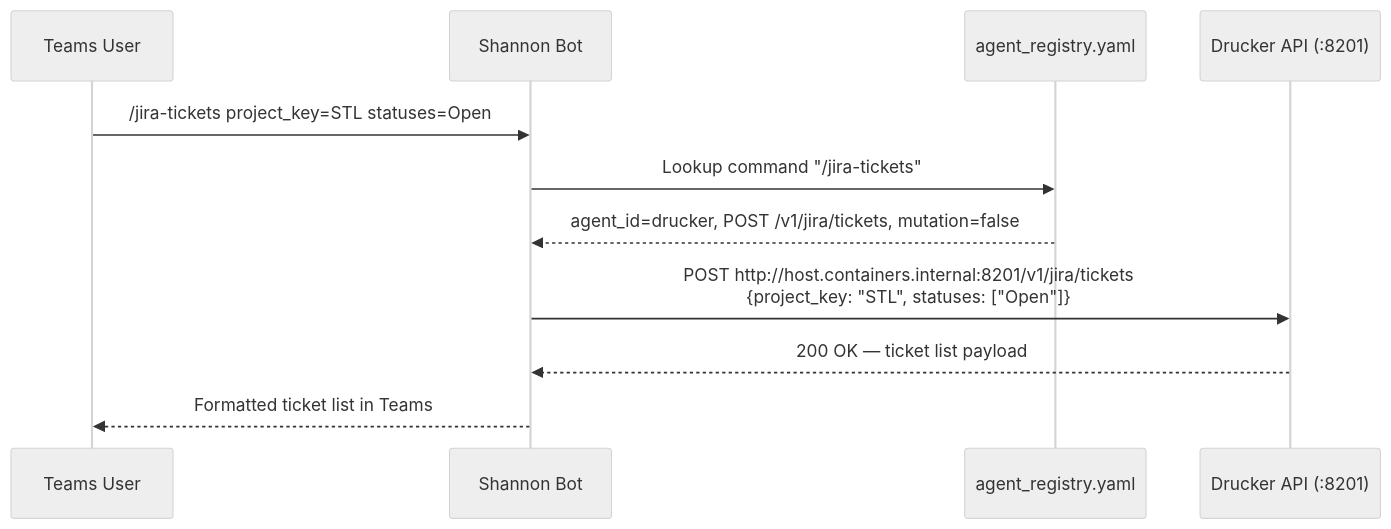
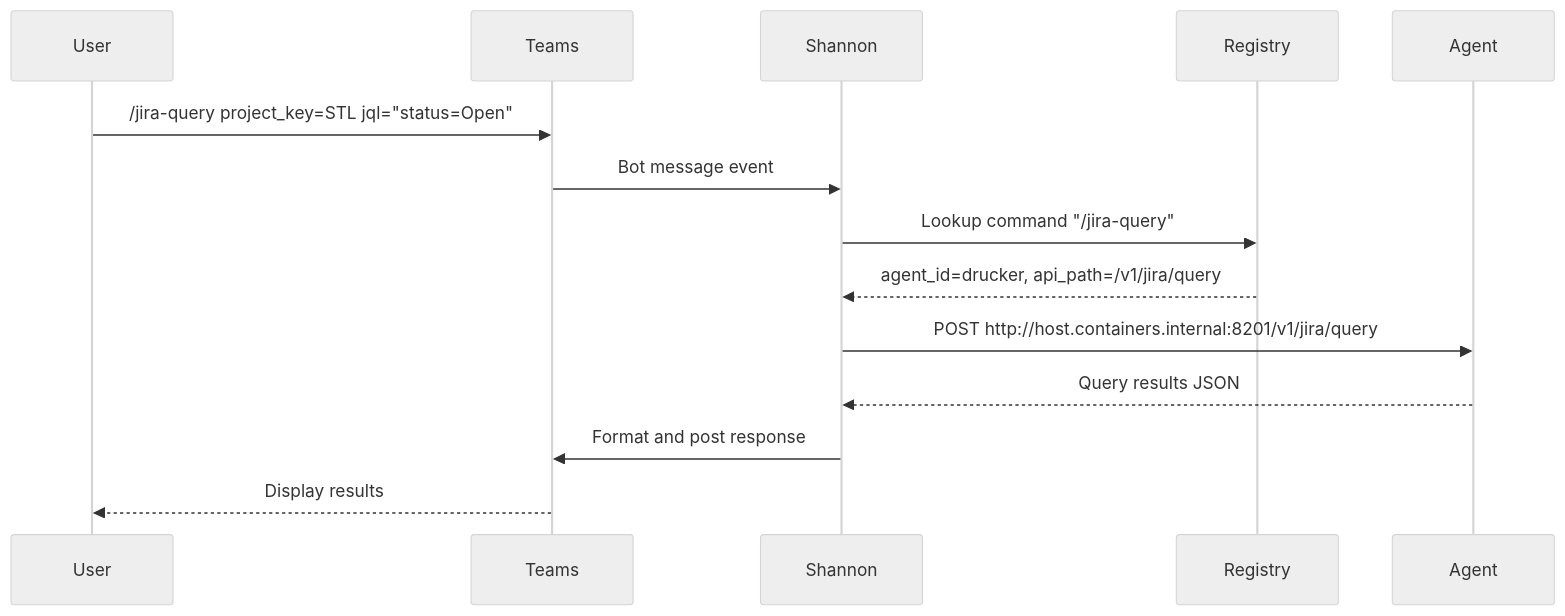
The second of 4 diagrams in agents/shannon/docs/config.md (jmac-cornelis/agent-workforce), drawn with Mermaid (neutral theme) before and after one commit. The commit also changed other lines of this file and 6 other files, not shown here.

````diff
--- a/agents/shannon/docs/config.md
+++ b/agents/shannon/docs/config.md
@@ -68,14 +50,17 @@
 ```mermaid
 sequenceDiagram
-    participant User as Teams User
-    participant Shannon as Shannon Bot
-    participant Registry as agent_registry.yaml
-    participant Drucker as Drucker API (:8201)
-
-    User->>Shannon: /jira-tickets project_key=STL statuses=Open
-    Shannon->>Registry: Lookup command "/jira-tickets"
-    Registry-->>Shannon: agent_id=drucker, POST /v1/jira/tickets, mutation=false
-    Shannon->>Drucker: POST http://host.containers.internal:8201/v1/jira/tickets<br/>{project_key: "STL", statuses: ["Open"]}
-    Drucker-->>Shannon: 200 OK — ticket list payload
-    Shannon-->>User: Formatted ticket list in Teams
+    participant User
+    participant Teams
+    participant Shannon
+    participant Registry
+    participant Agent
+    
+    User->>Teams: /jira-query project_key=STL jql="status=Open"
+    Teams->>Shannon: Bot message event
+    Shannon->>Registry: Lookup command "/jira-query"
+    Registry-->>Shannon: agent_id=drucker, api_path=/v1/jira/query
+    Shannon->>Agent: POST http://host.containers.internal:8201/v1/jira/query
+    Agent-->>Shannon: Query results JSON
+    Shannon->>Teams: Format and post response
+    Teams-->>User: Display results
 ```
````
